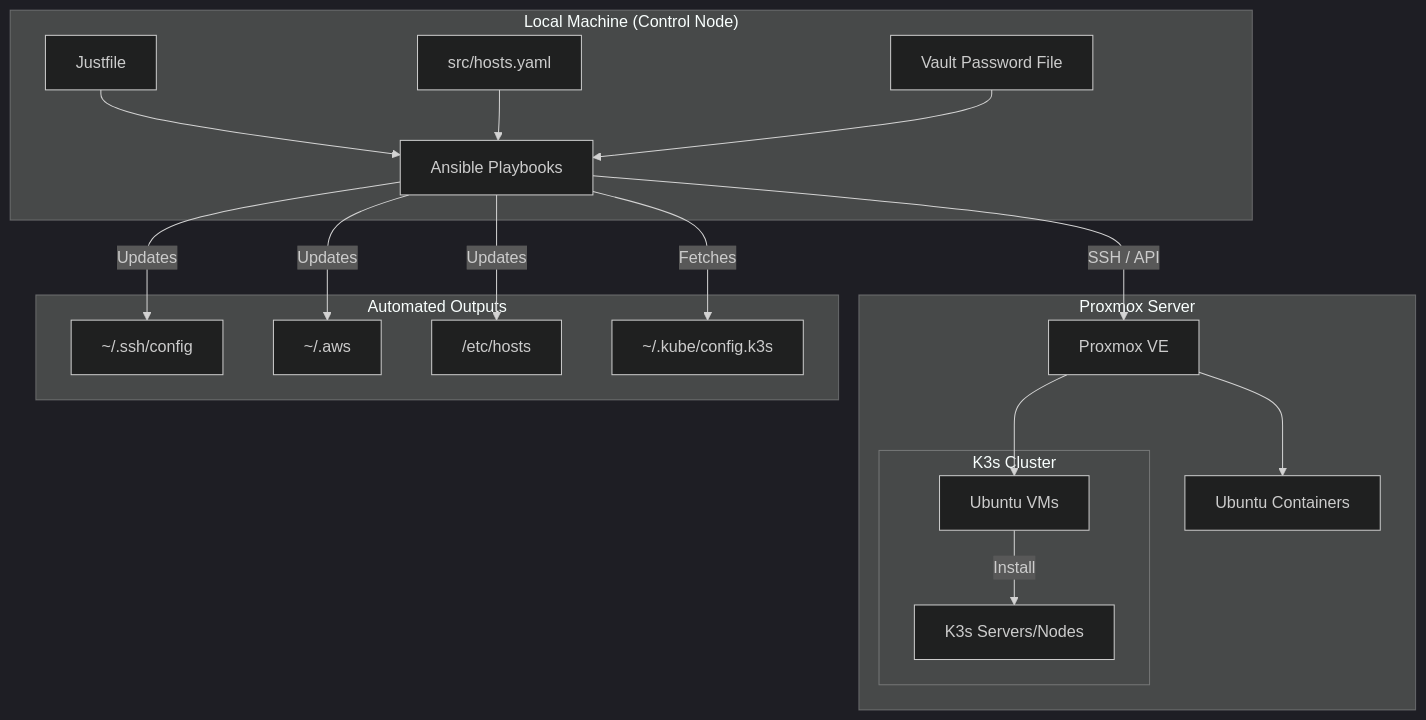
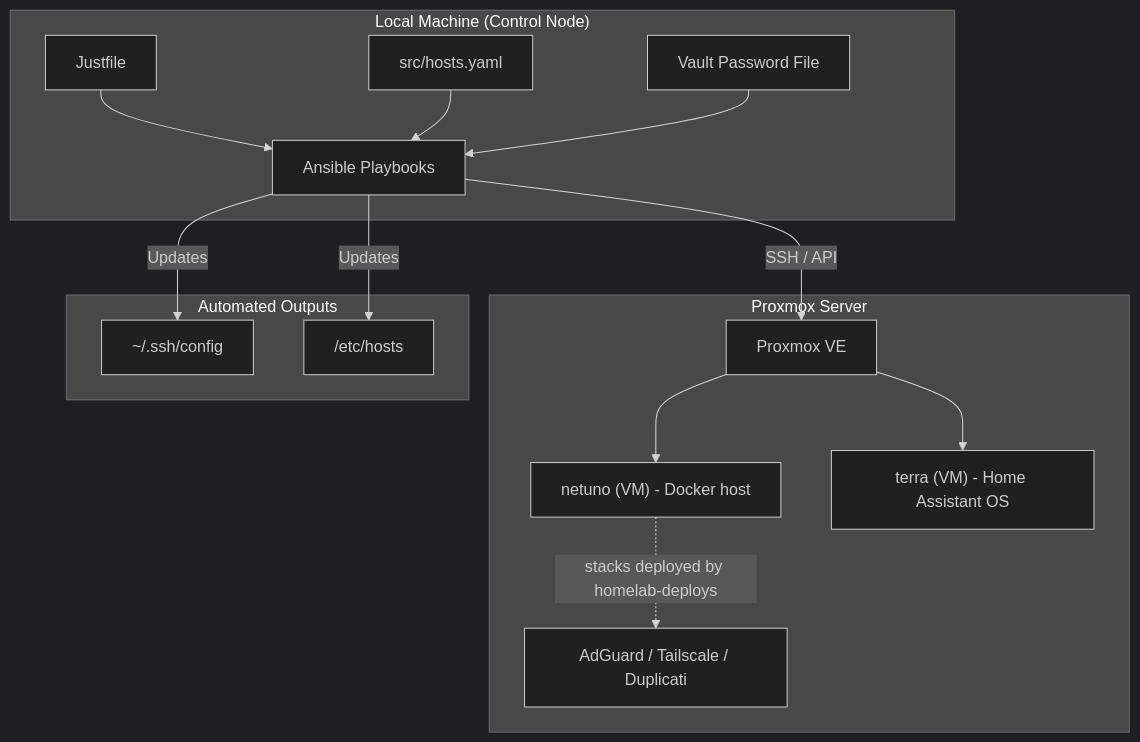
The first of 2 diagrams in README.md (frankjuniorr/homelab-iac), drawn with Mermaid (dark theme) before and after one commit. The commit also changed other lines of this file and 4 other files, not shown here.

````diff
--- a/README.md
+++ b/README.md
@@ -53,25 +57,20 @@
 ```mermaid
 graph TD
     subgraph Localhost ["Local Machine (Control Node)"]
         J[Justfile] --> A[Ansible Playbooks]
         H["src/hosts.yaml"] --> A
         VP[Vault Password File] --> A
     end
 
     subgraph ProxmoxHost ["Proxmox Server"]
         A -- SSH / API --> P[Proxmox VE]
-        P --> VM[Ubuntu VMs]
-        P --> LXC[Ubuntu Containers]
-        
-        subgraph Cluster ["K3s Cluster"]
-            VM -- Install --> K[K3s Servers/Nodes]
-        end
+        P --> NET["netuno (VM) - Docker host"]
+        P --> HAOS["terra (VM) - Home Assistant OS"]
+        NET -. "stacks deployed by homelab-deploys" .-> ST["AdGuard / Tailscale / Duplicati"]
     end
 
     subgraph Outputs ["Automated Outputs"]
         A -- Updates --> SC["~/.ssh/config"]
-        A -- Updates --> AC["~/.aws"]
         A -- Updates --> EH["/etc/hosts"]
-        A -- Fetches --> KC["~/.kube/config.k3s"]
     end
 ```
````
